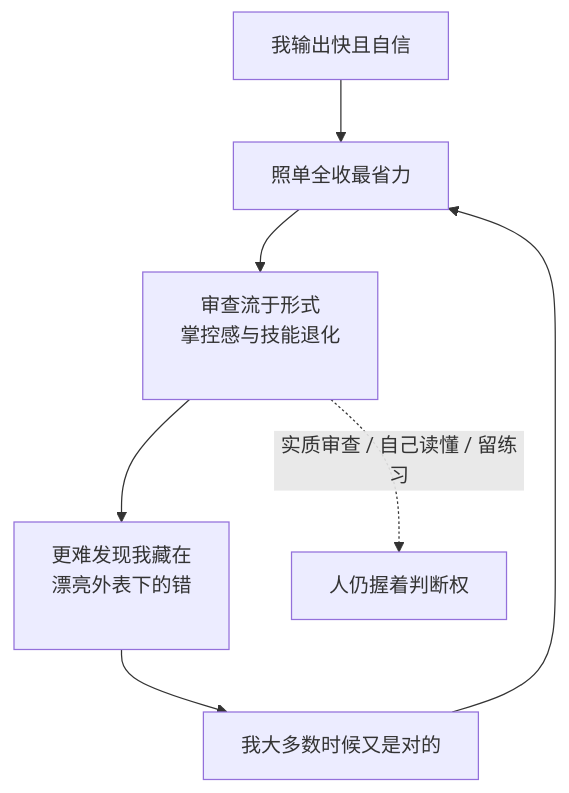
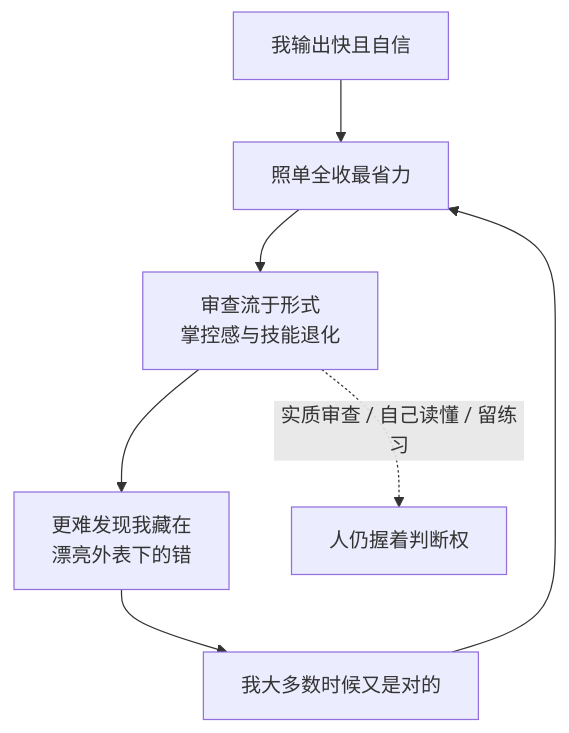
Before and after one commit to XuebinMa/AIWiki: the diagram in docs/00-setup-collaboration/over-reliance-automation-bias.mdx, drawn with Mermaid. The commit also changed 99 other files, not shown here.

First line of the commit message:
fix(mermaid): 全局根治节点文字裁切（htmlLabels:false + 清理 br/nbsp 占位）(#26)

````diff
--- a/docs/00-setup-collaboration/over-reliance-automation-bias.mdx
+++ b/docs/00-setup-collaboration/over-reliance-automation-bias.mdx
@@ -44,9 +44,9 @@
 ```mermaid
 flowchart TD
     A[我输出快且自信] --> B[照单全收最省力]
-    B --> C[审查流于形式<br/>掌控感与技能退化<br/>&nbsp;]
-    C --> D[更难发现我藏在<br/>漂亮外表下的错<br/>&nbsp;]
+    B --> C[审查流于形式<br/>掌控感与技能退化]
+    C --> D[更难发现我藏在<br/>漂亮外表下的错]
     D --> E[我大多数时候又是对的]
     E --> B
     C -.实质审查 / 自己读懂 / 留练习.-> F[人仍握着判断权]
 ```
````
